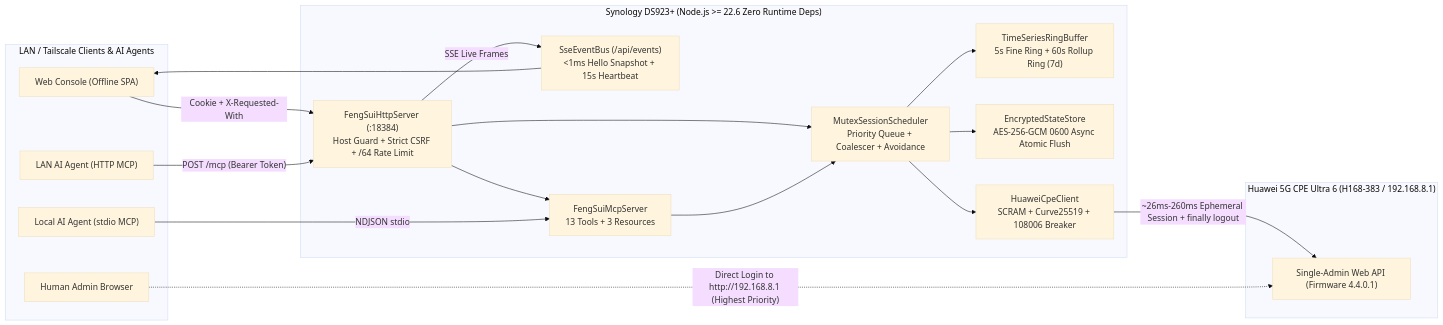
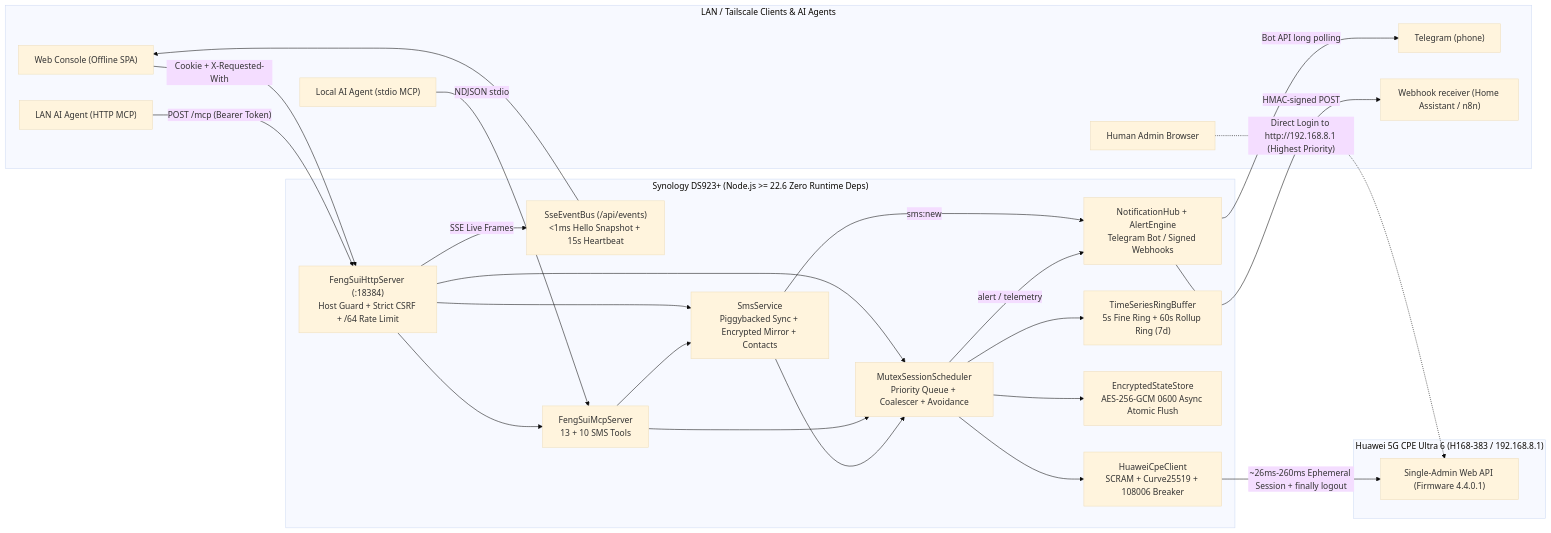
Before and after one commit to cky008/cpe-dash: the first of 2 diagrams in README_EN.md, drawn with Mermaid (base theme). The commit also changed other lines of this file and 1 other file, not shown here.

First line of the commit message:
docs(readme): document SMS, Telegram bot, webhooks and alerts

````diff
--- a/README_EN.md
+++ b/README_EN.md
@@ -65,37 +66,48 @@
 ```mermaid
 flowchart LR
   subgraph Clients["LAN / Tailscale Clients & AI Agents"]
     Browser["Web Console (Offline SPA)"]
     AgentHttp["LAN AI Agent (HTTP MCP)"]
     AgentStdio["Local AI Agent (stdio MCP)"]
     HumanWeb["Human Admin Browser"]
+    TgUser["Telegram (phone)"]
+    Hook["Webhook receiver (Home Assistant / n8n)"]
   end
 
   subgraph NAS["Synology DS923+ (Node.js >= 22.6 Zero Runtime Deps)"]
     HttpSrv["FengSuiHttpServer (:18384)\nHost Guard + Strict CSRF + /64 Rate Limit"]
     SseBus["SseEventBus (/api/events)\n<1ms Hello Snapshot + 15s Heartbeat"]
-    McpSrv["FengSuiMcpServer\n13 Tools + 3 Resources"]
+    McpSrv["FengSuiMcpServer\n13 + 10 SMS Tools"]
+    Sms["SmsService\nPiggybacked Sync + Encrypted Mirror + Contacts"]
+    Notify["NotificationHub + AlertEngine\nTelegram Bot / Signed Webhooks"]
     Sched["MutexSessionScheduler\nPriority Queue + Coalescer + Avoidance"]
     Ring["TimeSeriesRingBuffer\n5s Fine Ring + 60s Rollup Ring (7d)"]
     Store["EncryptedStateStore\nAES-256-GCM 0600 Async Atomic Flush"]
     Client["HuaweiCpeClient\nSCRAM + Curve25519 + 108006 Breaker"]
   end
 
   subgraph Router["Huawei 5G CPE Ultra 6 (H168-383 / 192.168.8.1)"]
     CpeApi["Single-Admin Web API (Firmware 4.4.0.1)"]
   end
 
   Browser -- "Cookie + X-Requested-With" --> HttpSrv
   HttpSrv -- "SSE Live Frames" --> SseBus
   SseBus --> Browser
   AgentHttp -- "POST /mcp (Bearer Token)" --> HttpSrv
   HttpSrv --> McpSrv
   AgentStdio -- "NDJSON stdio" --> McpSrv
   HttpSrv --> Sched
   McpSrv --> Sched
+  HttpSrv --> Sms
+  McpSrv --> Sms
+  Sms --> Sched
+  Sms -- "sms:new" --> Notify
+  Sched -- "alert / telemetry" --> Notify
+  Notify -- "Bot API long polling" --> TgUser
+  Notify -- "HMAC-signed POST" --> Hook
   Sched --> Ring
   Sched --> Store
   Sched --> Client
   Client -- "~26ms-260ms Ephemeral Session + finally logout" --> CpeApi
   HumanWeb -. "Direct Login to http://192.168.8.1 (Highest Priority)" .-> CpeApi
 ```
````
